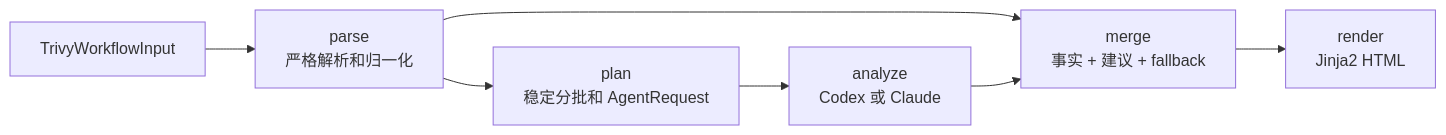
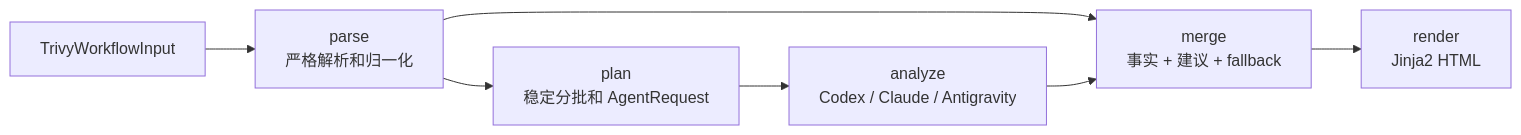
One commit to elvinyao/claudecode-agent-tool changed the first of 4 diagrams in README.md. Above: the diagram before and after it, drawn with Mermaid. The commit also changed other lines of this file and 23 other files, not shown here.

````diff
--- a/README.md
+++ b/README.md
@@ -398,9 +434,9 @@
 ```mermaid
 flowchart LR
     I["TrivyWorkflowInput"] --> P["parse\n严格解析和归一化"]
     P --> B["plan\n稳定分批和 AgentRequest"]
-    B --> A["analyze\nCodex 或 Claude"]
+    B --> A["analyze\nCodex / Claude / Antigravity"]
     P --> M["merge\n事实 + 建议 + fallback"]
     A --> M
     M --> R["render\nJinja2 HTML"]
 ```
````
